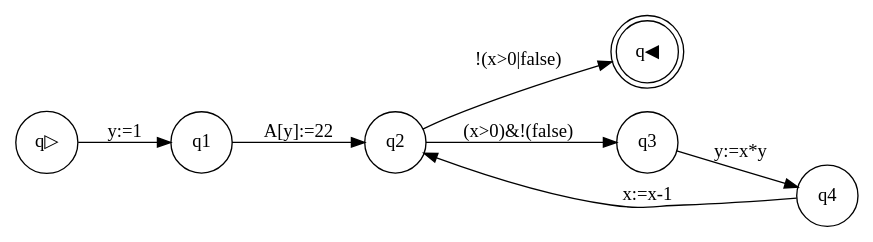
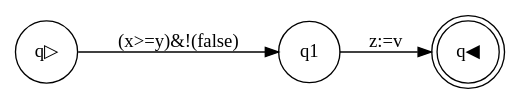
Before and after one commit to gernsoe/02141_parsing: the diagram in Package/DFA.gv, drawn with Graphviz. The commit also changed 1 other file, not shown here.

```diff
--- a/Package/DFA.gv
+++ b/Package/DFA.gv
@@ -1,11 +1,7 @@
 digraph program_graph {rankdir=LR; 
 node [shape = circle]; q▷; 
 node [shape = doublecircle]; q◀; 
 node [shape = circle]
-q▷ -> q1[label = "y:=1"];
-q1 -> q2[label = "A[y]:=22"];
-q2 -> q3[label = "(x>0)&!(false)"];
-q3 -> q4[label = "y:=x*y"];
-q4 -> q2[label = "x:=x-1"];
-q2 -> q◀[label = "!(x>0|false)"];
+q▷ -> q1[label = "(x>=y)&!(false)"];
+q1 -> q◀[label = "z:=v"];
 }
```
